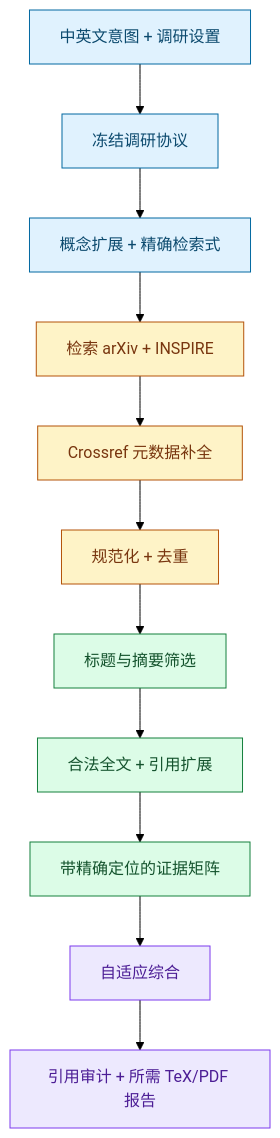
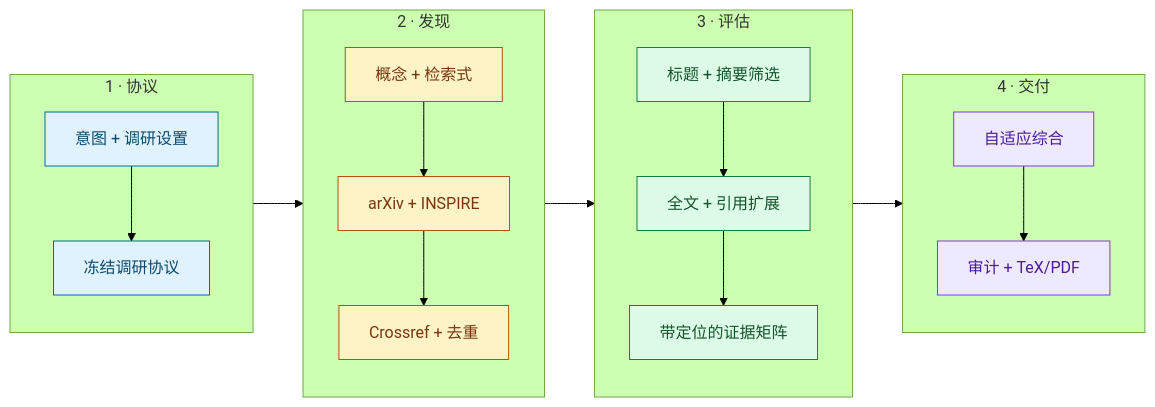
One commit to Enjoy20030921/survey-physics-literature changed the diagram in README.zh-CN.md. Above: the diagram before and after it, drawn with Mermaid (forest theme). The commit also changed 1 other file, not shown here.

Commit message:
Compact README workflow diagrams

````diff
--- a/README.zh-CN.md
+++ b/README.zh-CN.md
@@ -170,22 +170,32 @@
 ```mermaid
-flowchart TD
-    A["中英文意图 + 调研设置"] --> B["冻结调研协议"]
-    B --> C["概念扩展 + 精确检索式"]
-    C --> D["检索 arXiv + INSPIRE"]
-    D --> E["Crossref 元数据补全"]
-    E --> F["规范化 + 去重"]
-    F --> G["标题与摘要筛选"]
-    G --> H["合法全文 + 引用扩展"]
-    H --> I["带精确定位的证据矩阵"]
-    I --> J["自适应综合"]
-    J --> K["引用审计 + 所需 TeX/PDF 报告"]
+flowchart LR
+    subgraph P["1 · 协议"]
+        direction TB
+        A["意图 + 调研设置"] --> B["冻结调研协议"]
+    end
+    subgraph D["2 · 发现"]
+        direction TB
+        C["概念 + 检索式"] --> D1["arXiv + INSPIRE"] --> E["Crossref + 去重"]
+    end
+    subgraph V["3 · 评估"]
+        direction TB
+        F["标题 + 摘要筛选"] --> G["全文 + 引用扩展"] --> H["带定位的证据矩阵"]
+    end
+    subgraph R["4 · 交付"]
+        direction TB
+        I["自适应综合"] --> J["审计 + TeX/PDF"]
+    end
+
+    B --> C
+    E --> F
+    H --> I
 
     classDef protocol fill:#e0f2fe,stroke:#0369a1,color:#0c4a6e;
     classDef sources fill:#fef3c7,stroke:#b45309,color:#78350f;
     classDef evidence fill:#dcfce7,stroke:#15803d,color:#14532d;
     classDef output fill:#ede9fe,stroke:#7c3aed,color:#4c1d95;
-    class A,B,C protocol;
-    class D,E,F sources;
-    class G,H,I evidence;
-    class J,K output;
+    class A,B protocol;
+    class C,D1,E sources;
+    class F,G,H evidence;
+    class I,J output;
 ```
````
